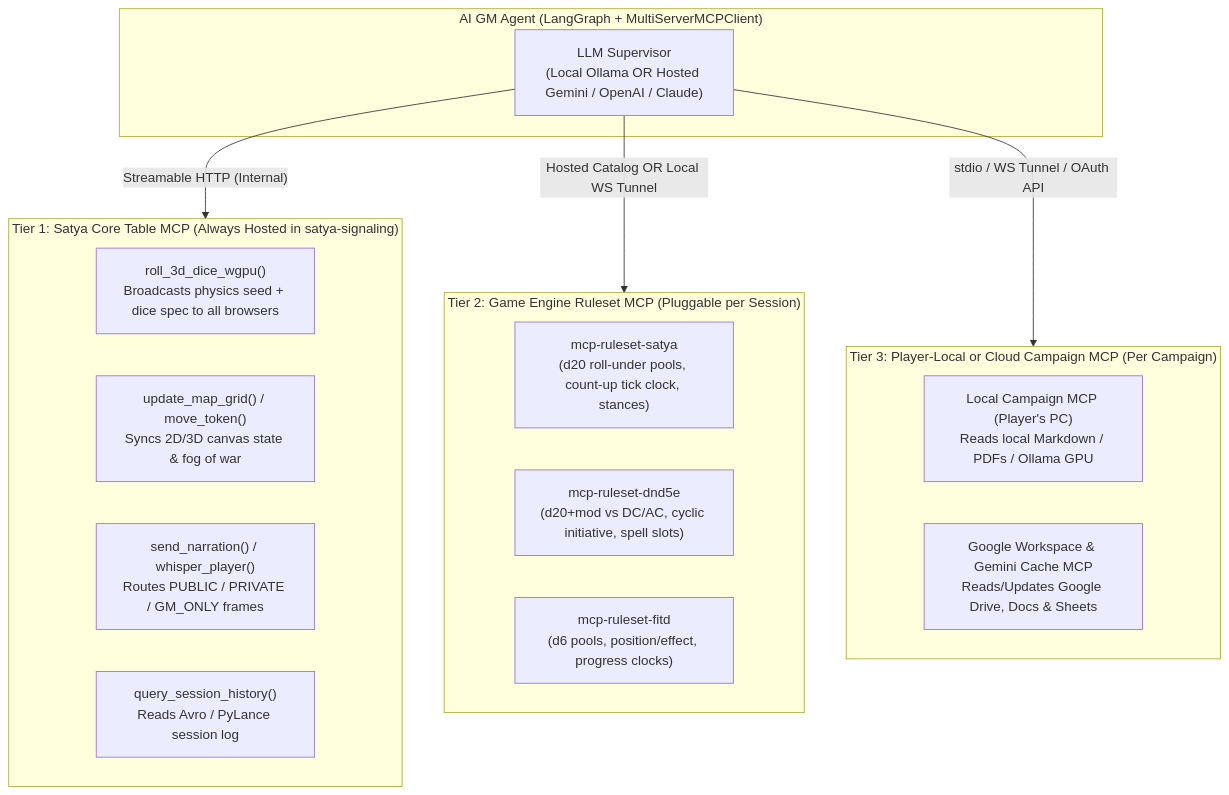
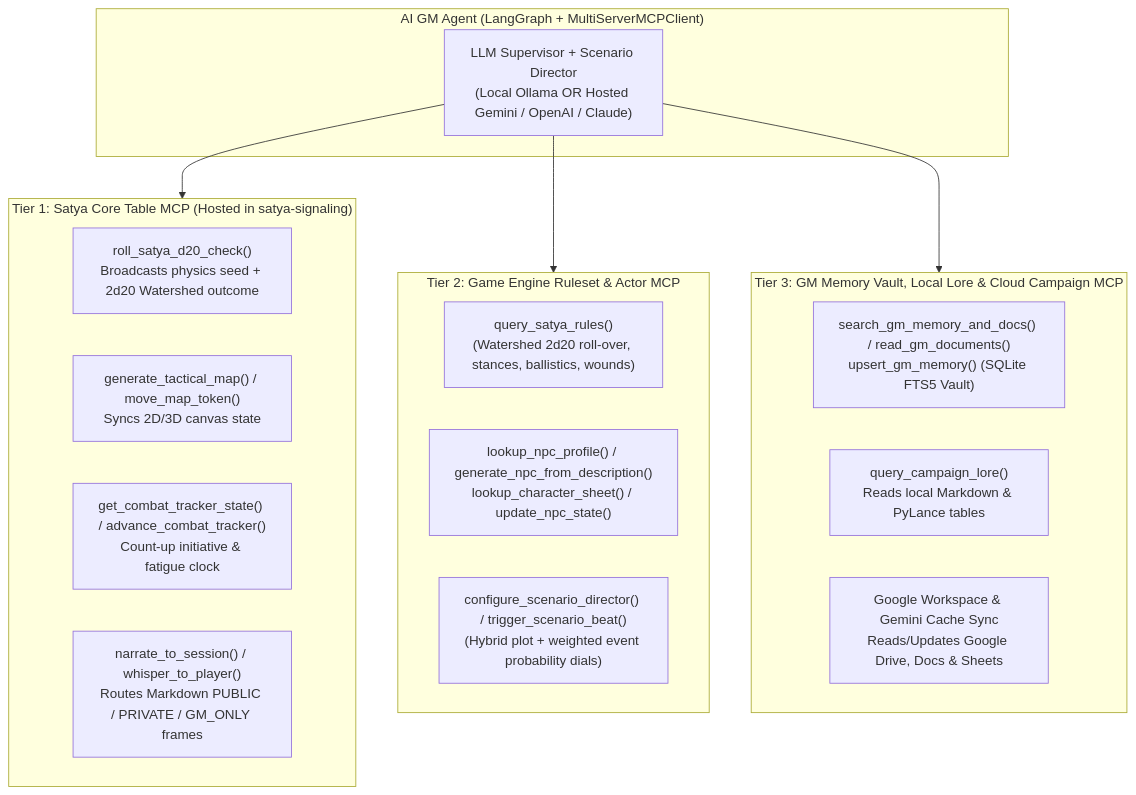
One commit to rarebreed/satya changed the third of 3 diagrams in docs/technical/ai-gm-agent-design.md. Above: the diagram before and after it, drawn with Mermaid. The commit also changed other lines of this file and 19 other files, not shown here.

First line of the commit message:
Add Markdown session chat and LangGraph Scenario Director with pacing dials

````diff
--- a/docs/technical/ai-gm-agent-design.md
+++ b/docs/technical/ai-gm-agent-design.md
@@ -256,28 +237,29 @@
 ```mermaid
 flowchart TD
     subgraph LangGraphGM["AI GM Agent (LangGraph + MultiServerMCPClient)"]
-        Supervisor["LLM Supervisor\n(Local Ollama OR Hosted Gemini / OpenAI / Claude)"]
+        Supervisor["LLM Supervisor + Scenario Director\n(Local Ollama OR Hosted Gemini / OpenAI / Claude)"]
     end
 
-    subgraph Tier1["Tier 1: Satya Core Table MCP (Always Hosted in satya-signaling)"]
-        WgpuDice["roll_3d_dice_wgpu()\nBroadcasts physics seed + dice spec to all browsers"]
-        MapGrid["update_map_grid() / move_token()\nSyncs 2D/3D canvas state & fog of war"]
-        ChatWhisper["send_narration() / whisper_player()\nRoutes PUBLIC / PRIVATE / GM_ONLY frames"]
-        History["query_session_history()\nReads Avro / PyLance session log"]
+    subgraph Tier1["Tier 1: Satya Core Table MCP (Hosted in satya-signaling)"]
+        WgpuDice["roll_satya_d20_check()\nBroadcasts physics seed + 2d20 Watershed outcome"]
+        MapGrid["generate_tactical_map() / move_map_token()\nSyncs 2D/3D canvas state"]
+        CombatClock["get_combat_tracker_state() / advance_combat_tracker()\nCount-up initiative & fatigue clock"]
+        ChatWhisper["narrate_to_session() / whisper_to_player()\nRoutes Markdown PUBLIC / PRIVATE / GM_ONLY frames"]
     end
 
-    subgraph Tier2["Tier 2: Game Engine Ruleset MCP (Pluggable per Session)"]
-        SatyaRules["mcp-ruleset-satya\n(d20 roll-under pools, count-up tick clock, stances)"]
-        DndRules["mcp-ruleset-dnd5e\n(d20+mod vs DC/AC, cyclic initiative, spell slots)"]
-        FitdRules["mcp-ruleset-fitd\n(d6 pools, position/effect, progress clocks)"]
+    subgraph Tier2["Tier 2: Game Engine Ruleset & Actor MCP"]
+        SatyaRules["query_satya_rules()\n(Watershed 2d20 roll-over, stances, ballistics, wounds)"]
+        NpcChar["lookup_npc_profile() / generate_npc_from_description()\nlookup_character_sheet() / update_npc_state()"]
+        Director["configure_scenario_director() / trigger_scenario_beat()\n(Hybrid plot + weighted event probability dials)"]
     end
 
-    subgraph Tier3["Tier 3: Player-Local or Cloud Campaign MCP (Per Campaign)"]
-        LocalLore["Local Campaign MCP (Player's PC)\nReads local Markdown / PDFs / Ollama GPU"]
-        GWorkspace["Google Workspace & Gemini Cache MCP\nReads/Updates Google Drive, Docs & Sheets"]
+    subgraph Tier3["Tier 3: GM Memory Vault, Local Lore & Cloud Campaign MCP"]
+        GmVault["search_gm_memory_and_docs() / read_gm_documents()\nupsert_gm_memory() (SQLite FTS5 Vault)"]
+        LocalLore["query_campaign_lore()\nReads local Markdown & PyLance tables"]
+        GWorkspace["Google Workspace & Gemini Cache Sync\nReads/Updates Google Drive, Docs & Sheets"]
     end
 
-    Supervisor -->|"Streamable HTTP (Internal)"| Tier1
-    Supervisor -->|"Hosted Catalog OR Local WS Tunnel"| Tier2
-    Supervisor -->|"stdio / WS Tunnel / OAuth API"| Tier3
+    Supervisor --> Tier1
+    Supervisor --> Tier2
+    Supervisor --> Tier3
 ```
````
